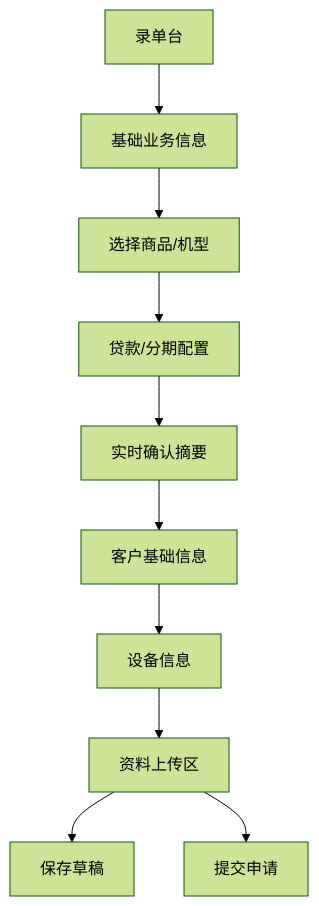
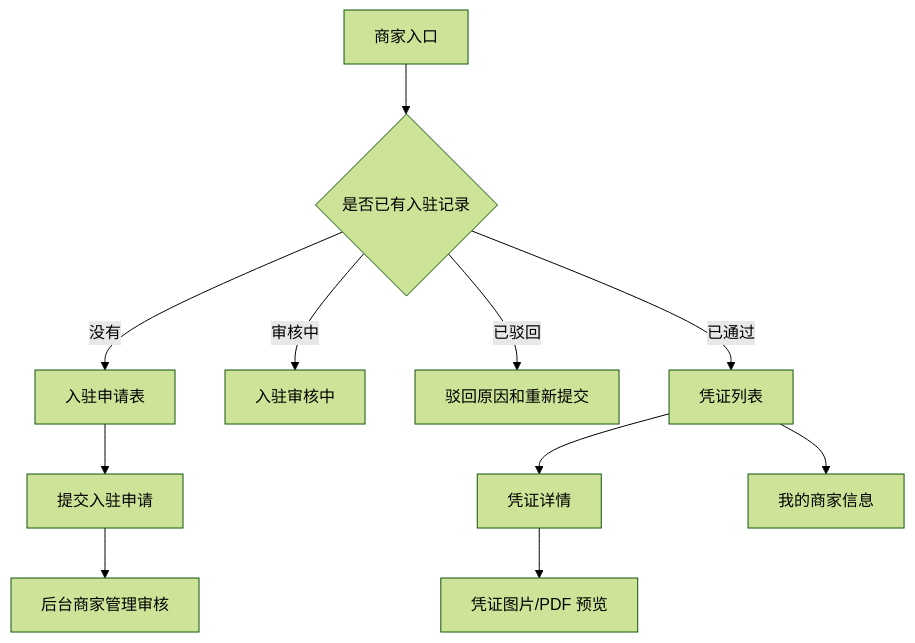
The first of 4 diagrams in docs/superpowers/specs/2026-06-08-h5-business-ux-redesign-design.md (CharlesLieu/p2boyuan-v01), drawn with Mermaid (forest theme) before and after one commit. The commit also changed other lines of this file and 1 other file, not shown here.

````diff
--- a/docs/superpowers/specs/2026-06-08-h5-business-ux-redesign-design.md
+++ b/docs/superpowers/specs/2026-06-08-h5-business-ux-redesign-design.md
@@ -78,12 +97,13 @@
 ```mermaid
 flowchart TD
-  A["录单台"] --> B["基础业务信息"]
-  B --> C["选择商品/机型"]
-  C --> D["贷款/分期配置"]
-  D --> E["实时确认摘要"]
-  E --> F["客户基础信息"]
-  F --> G["设备信息"]
-  G --> H["资料上传区"]
-  H --> I["保存草稿"]
-  H --> J["提交申请"]
+  A["商家入口"] --> B{"是否已有入驻记录"}
+  B -->|没有| C["入驻申请表"]
+  C --> D["提交入驻申请"]
+  D --> E["后台商家管理审核"]
+  B -->|审核中| F["入驻审核中"]
+  B -->|已驳回| G["驳回原因和重新提交"]
+  B -->|已通过| H["凭证列表"]
+  H --> I["凭证详情"]
+  I --> J["凭证图片/PDF 预览"]
+  H --> K["我的商家信息"]
 ```
````
